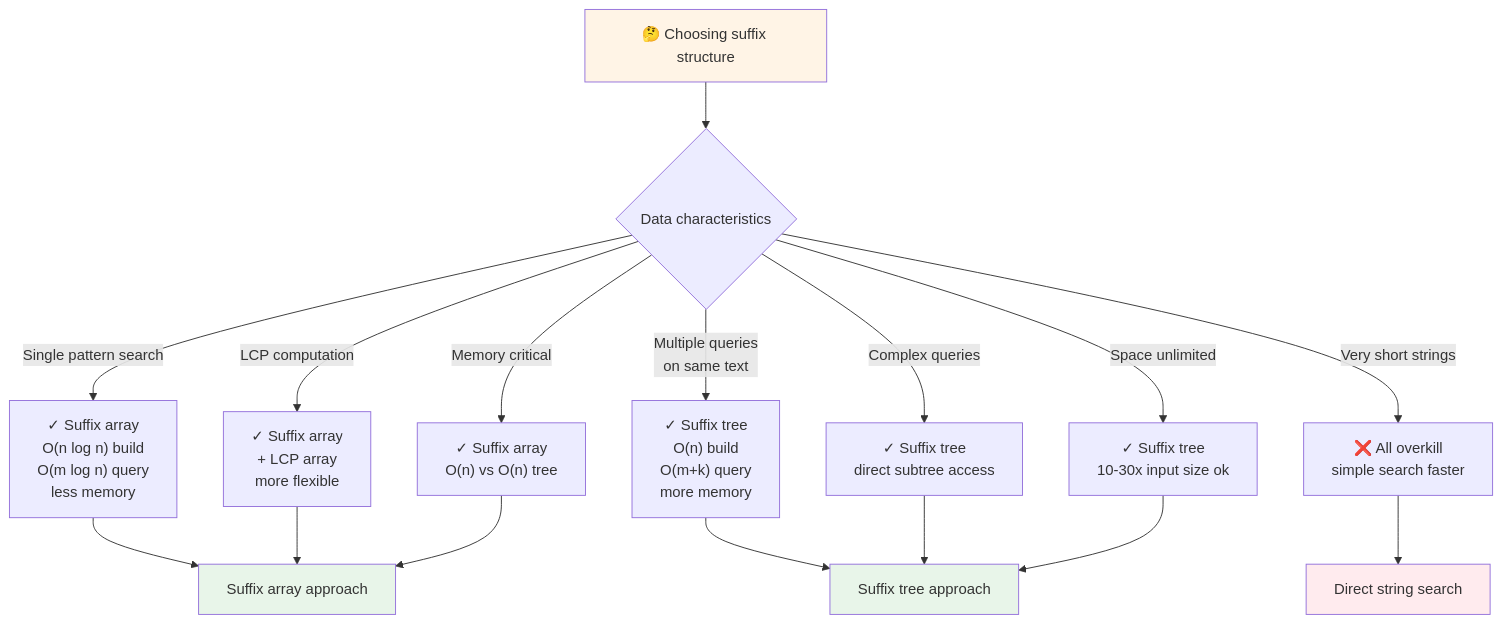
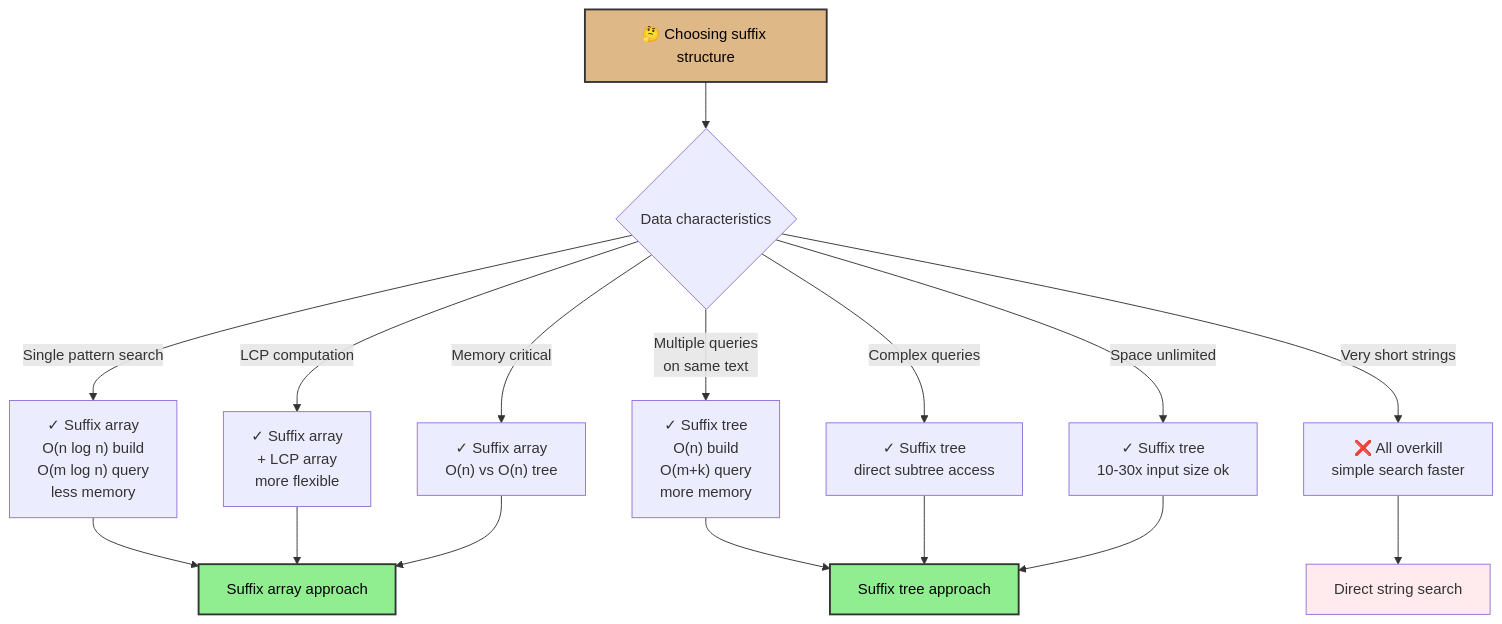
One commit to souradeepta/interviewprep changed the fourth of 4 diagrams in docs/advanced_ds/suffix_tree.md. Above: the diagram before and after it, drawn with Mermaid. The commit also changed other lines of this file and 31 other files, not shown here.

Commit message:
updated graphs

````diff
--- a/docs/advanced_ds/suffix_tree.md
+++ b/docs/advanced_ds/suffix_tree.md
@@ -191,23 +191,23 @@
 ```mermaid
 flowchart TD
     A["🤔 Choosing suffix structure"] --> B{Data characteristics}
     B -->|Single pattern search| C["✓ Suffix array<br/>O(n log n) build<br/>O(m log n) query<br/>less memory"]
     B -->|Multiple queries<br/>on same text| D["✓ Suffix tree<br/>O(n) build<br/>O(m+k) query<br/>more memory"]
     B -->|LCP computation| E["✓ Suffix array<br/>+ LCP array<br/>more flexible"]
     B -->|Complex queries| F["✓ Suffix tree<br/>direct subtree access"]
     B -->|Memory critical| G["✓ Suffix array<br/>O(n) vs O(n) tree"]
     B -->|Space unlimited| H["✓ Suffix tree<br/>10-30x input size ok"]
     B -->|Very short strings| I["❌ All overkill<br/>simple search faster"]
     C --> J["Suffix array approach"]
     D --> K["Suffix tree approach"]
     E --> J
     F --> K
     G --> J
     H --> K
     I --> L["Direct string search"]
     
-    style A fill:#fff4e6
-    style J fill:#e8f5e9
-    style K fill:#e8f5e9
+    style A fill:#deb887,color:#000,stroke:#333,stroke-width:2px
+    style J fill:#90ee90,color:#000,stroke:#333,stroke-width:2px
+    style K fill:#90ee90,color:#000,stroke:#333,stroke-width:2px
     style L fill:#ffebee
 ```
````
